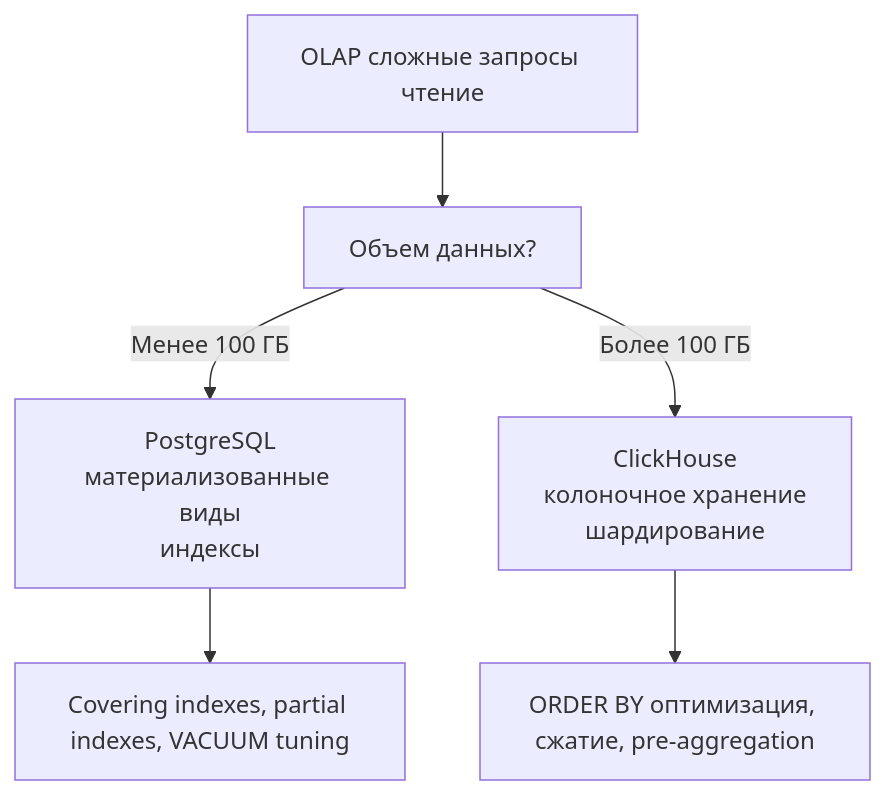
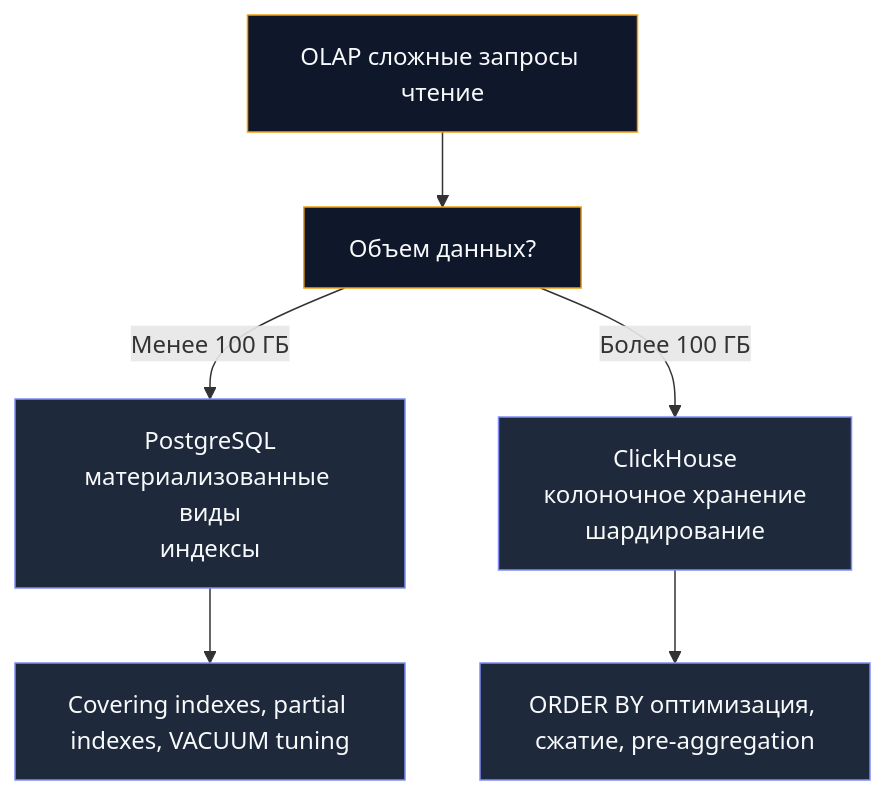
Before and after one commit to UnrealTemplier/go-textbook: the fourth of 5 diagrams in sources/12. Базы данных/10. Практика и архитектура/23. Итоги раздела. Полная картина работы с базами данных.md, drawn with Mermaid. The commit also changed other lines of this file, not shown here.

````diff
--- a/sources/12. Базы данных/10. Практика и архитектура/23. Итоги раздела. Полная картина работы с базами данных.md
+++ b/sources/12. Базы данных/10. Практика и архитектура/23. Итоги раздела. Полная картина работы с базами данных.md
@@ -168,9 +225,14 @@
 ```mermaid
 flowchart TD
     Start["OLAP сложные запросы чтение"] --> Q1["Объем данных?"]
     Q1 -- "Менее 100 ГБ" --> Use1["PostgreSQL<br>материализованные виды<br>индексы"]
     Q1 -- "Более 100 ГБ" --> Use2["ClickHouse<br>колоночное хранение<br>шардирование"]
     
     Use1 --> Opt1["Covering indexes, partial indexes, VACUUM tuning"]
     Use2 --> Opt2["ORDER BY оптимизация, сжатие, pre-aggregation"]
+
+    classDef q fill:#0f172a,stroke:#f59e0b,stroke-width:1px,color:#f8fafc;
+    classDef opt fill:#1e293b,stroke:#818cf8,stroke-width:1px,color:#f8fafc;
+    class Start,Q1 q;
+    class Use1,Use2,Opt1,Opt2 opt;
 ```
````
